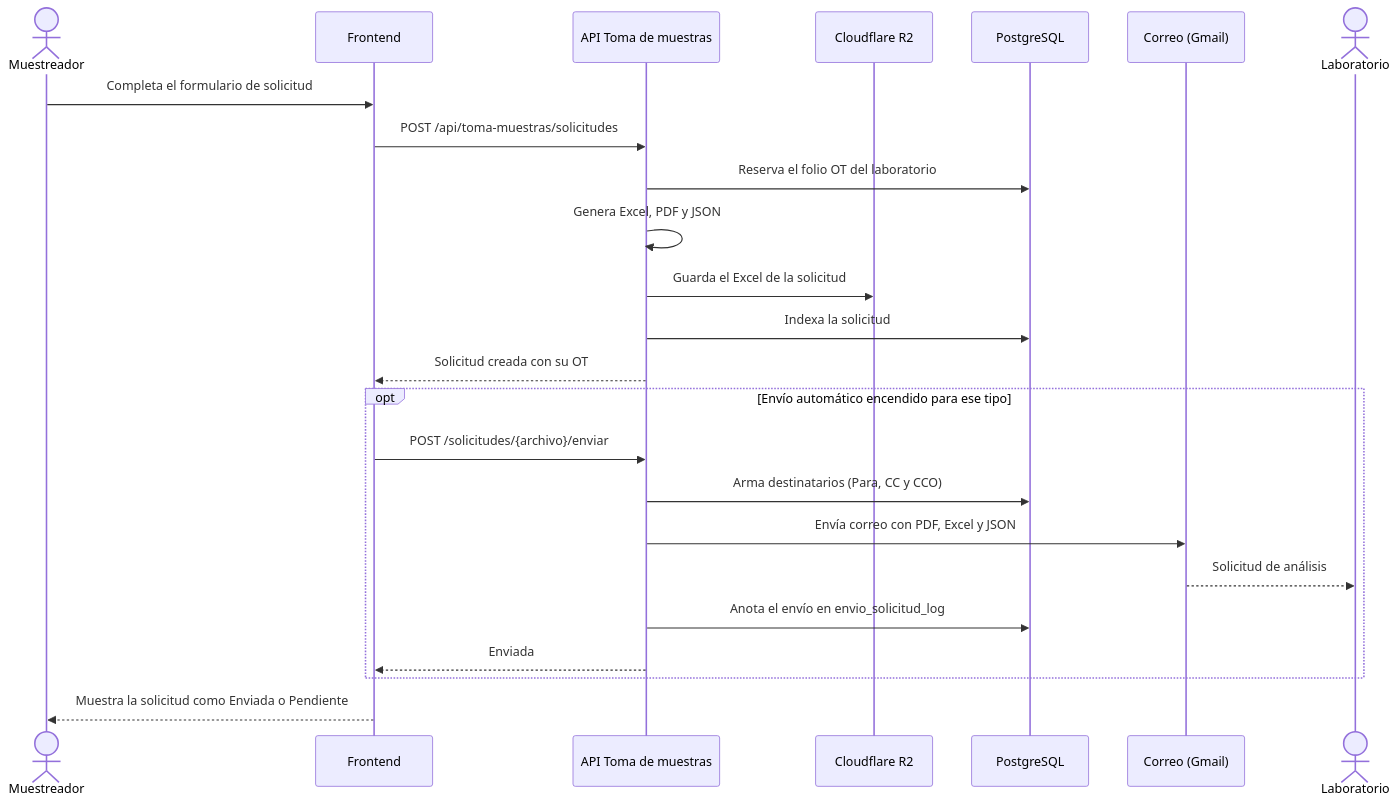
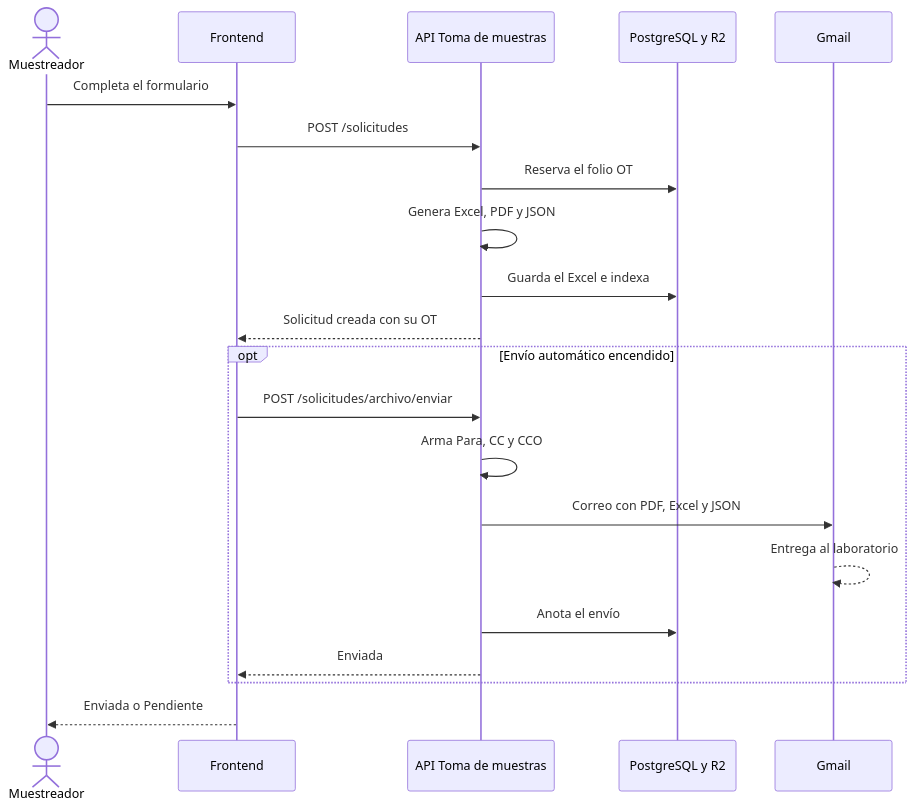
One commit to JSSAgrofresh/agrofresh_report_hub changed the diagram in docs/documentacion/diagramas/sec2_solicitud.mmd. Above: the diagram before and after it, drawn with Mermaid. The commit also changed 42 other files, not shown here.

```diff
--- a/docs/documentacion/diagramas/sec2_solicitud.mmd
+++ b/docs/documentacion/diagramas/sec2_solicitud.mmd
@@ -1,24 +1,21 @@
 sequenceDiagram
     actor muestreador as Muestreador
     participant front as Frontend
     participant api as API Toma de muestras
-    participant r2 as Cloudflare R2
-    participant bd as PostgreSQL
-    participant mail as Correo (Gmail)
-    actor lab as Laboratorio
-    muestreador->>front: Completa el formulario de solicitud
-    front->>api: POST /api/toma-muestras/solicitudes
-    api->>bd: Reserva el folio OT del laboratorio
+    participant datos as PostgreSQL y R2
+    participant mail as Gmail
+    muestreador->>front: Completa el formulario
+    front->>api: POST /solicitudes
+    api->>datos: Reserva el folio OT
     api->>api: Genera Excel, PDF y JSON
-    api->>r2: Guarda el Excel de la solicitud
-    api->>bd: Indexa la solicitud
+    api->>datos: Guarda el Excel e indexa
     api-->>front: Solicitud creada con su OT
-    opt Envío automático encendido para ese tipo
-        front->>api: POST /solicitudes/{archivo}/enviar
-        api->>bd: Arma destinatarios (Para, CC y CCO)
-        api->>mail: Envía correo con PDF, Excel y JSON
-        mail-->>lab: Solicitud de análisis
-        api->>bd: Anota el envío en envio_solicitud_log
+    opt Envío automático encendido
+        front->>api: POST /solicitudes/archivo/enviar
+        api->>api: Arma Para, CC y CCO
+        api->>mail: Correo con PDF, Excel y JSON
+        mail-->>mail: Entrega al laboratorio
+        api->>datos: Anota el envío
         api-->>front: Enviada
     end
-    front-->>muestreador: Muestra la solicitud como Enviada o Pendiente
+    front-->>muestreador: Enviada o Pendiente
```
